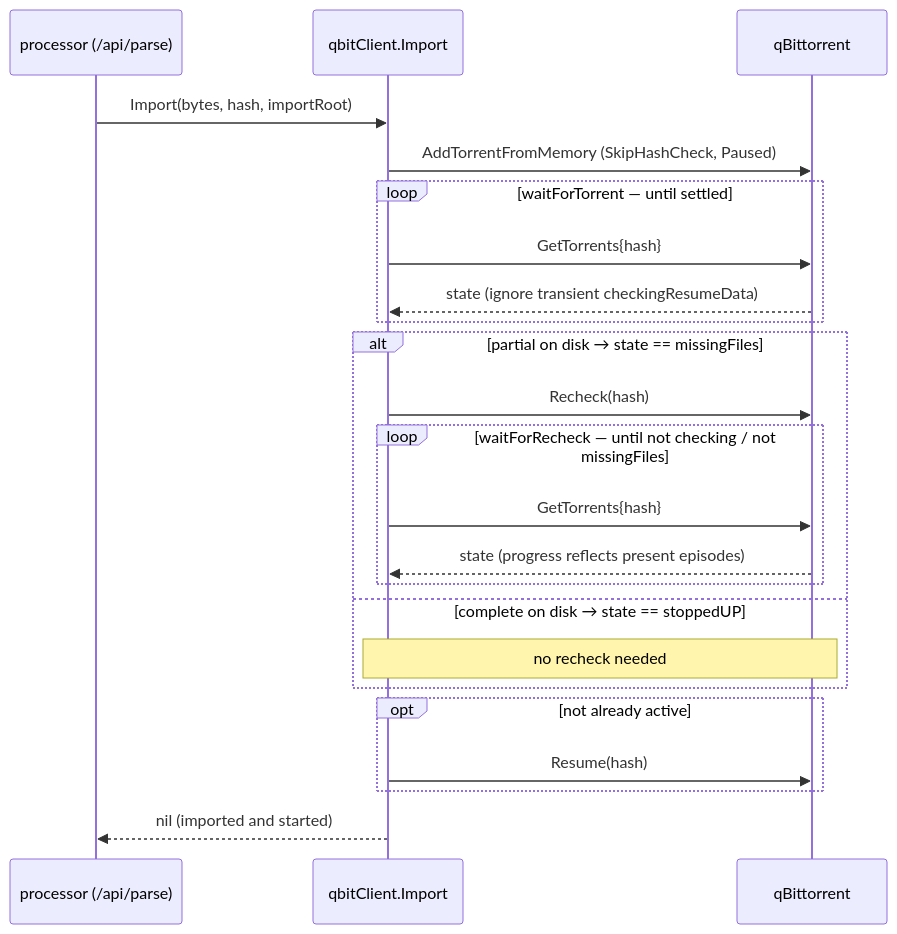
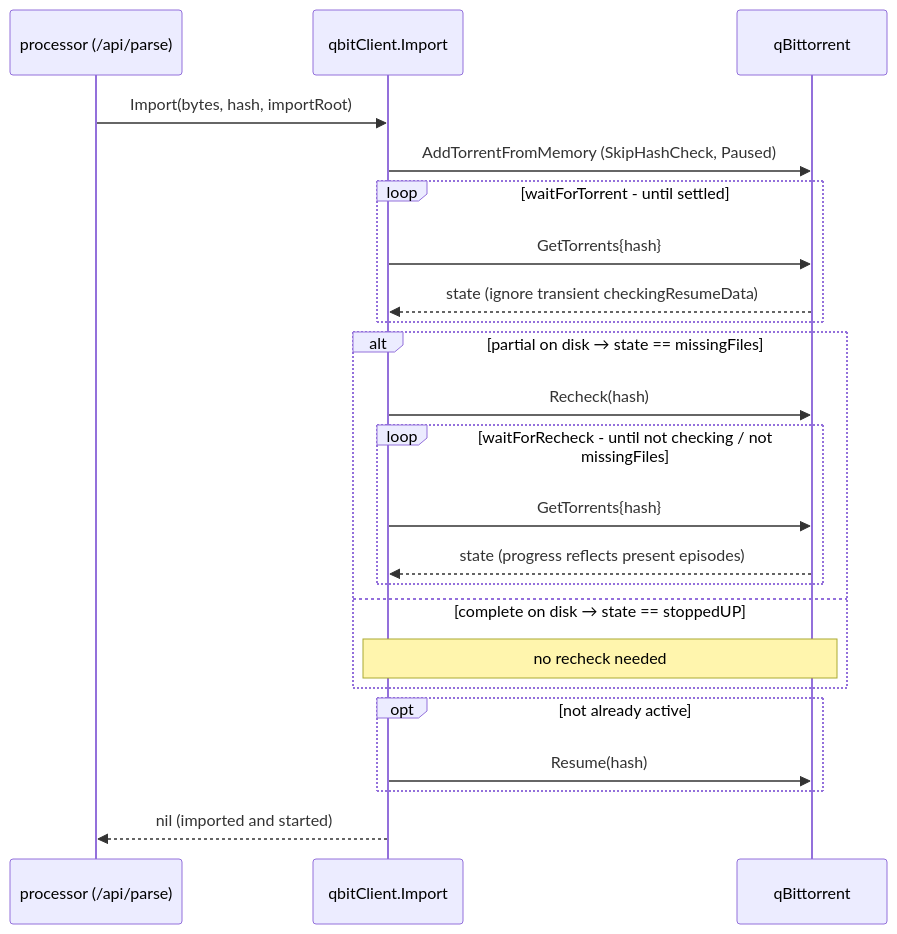
Before and after one commit to nuxencs/seasonpackarr: the second of 2 diagrams in docs/design-docs/qbittorrent-import-flow.md, drawn with Mermaid. The commit also changed other lines of this file and 6 other files, not shown here.

````diff
--- a/docs/design-docs/qbittorrent-import-flow.md
+++ b/docs/design-docs/qbittorrent-import-flow.md
@@ -47,26 +47,26 @@
 ```mermaid
 sequenceDiagram
     participant P as processor (/api/parse)
     participant A as qbitClient.Import
     participant Q as qBittorrent
 
     P->>A: Import(bytes, hash, importRoot)
     A->>Q: AddTorrentFromMemory (SkipHashCheck, Paused)
-    loop waitForTorrent — until settled
+    loop waitForTorrent - until settled
         A->>Q: GetTorrents{hash}
         Q-->>A: state (ignore transient checkingResumeData)
     end
     alt partial on disk → state == missingFiles
         A->>Q: Recheck(hash)
-        loop waitForRecheck — until not checking / not missingFiles
+        loop waitForRecheck - until not checking / not missingFiles
             A->>Q: GetTorrents{hash}
             Q-->>A: state (progress reflects present episodes)
         end
     else complete on disk → state == stoppedUP
         Note over A,Q: no recheck needed
     end
     opt not already active
         A->>Q: Resume(hash)
     end
     A-->>P: nil (imported and started)
 ```
````
